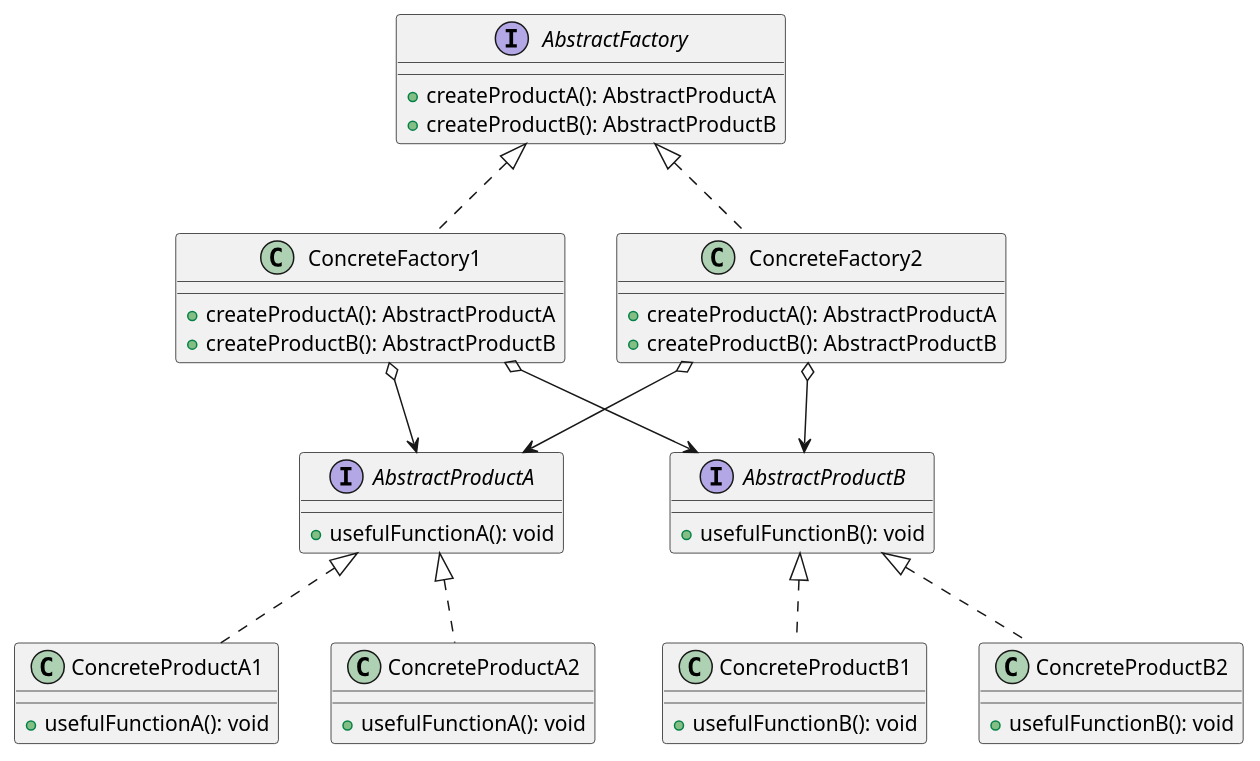
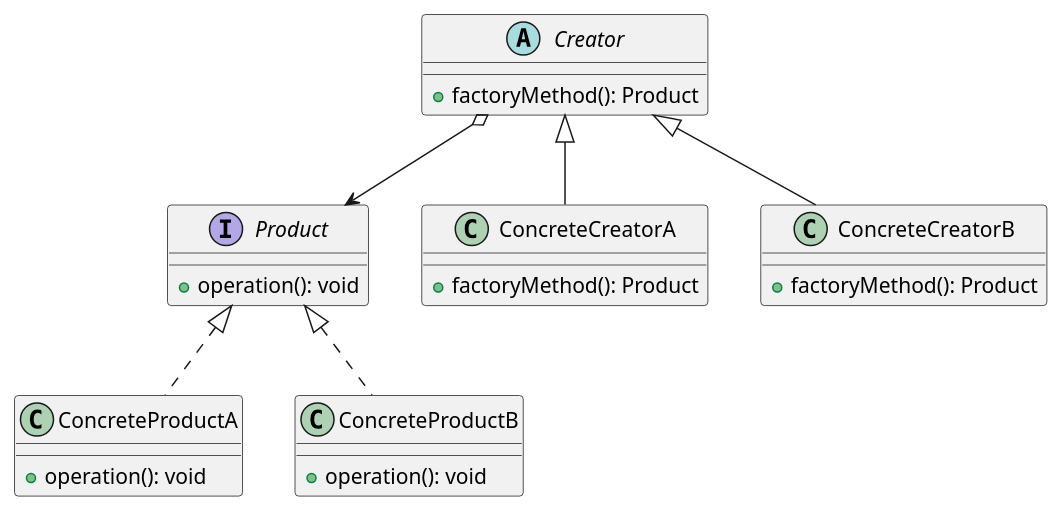
The diagram in diagrams/FactoryMethodPatternAbstract.puml (dtm03/patterns), drawn with PlantUML before and after one commit. The commit also changed 10 other files, not shown here.

Commit message:
feat: Improve diagrams

```diff
--- a/diagrams/FactoryMethodPatternAbstract.puml
+++ b/diagrams/FactoryMethodPatternAbstract.puml
@@ -1,52 +1,32 @@
 @startuml
-interface AbstractFactory {
-    +createProductA(): AbstractProductA
-    +createProductB(): AbstractProductB
+interface Product {
+    +operation(): void
 }
 
-interface AbstractProductA {
-    +usefulFunctionA(): void
+class ConcreteProductA {
+    +operation(): void
 }
 
-interface AbstractProductB {
-    +usefulFunctionB(): void
+class ConcreteProductB {
+    +operation(): void
 }
 
-class ConcreteFactory1 {
-    +createProductA(): AbstractProductA
-    +createProductB(): AbstractProductB
+abstract class Creator {
+    +factoryMethod(): Product
 }
 
-class ConcreteFactory2 {
-    +createProductA(): AbstractProductA
-    +createProductB(): AbstractProductB
+class ConcreteCreatorA {
+    +factoryMethod(): Product
 }
 
-class ConcreteProductA1 {
-    +usefulFunctionA(): void
+class ConcreteCreatorB {
+    +factoryMethod(): Product
 }
 
-class ConcreteProductA2 {
-    +usefulFunctionA(): void
-}
-
-class ConcreteProductB1 {
-    +usefulFunctionB(): void
-}
-
-class ConcreteProductB2 {
-    +usefulFunctionB(): void
-}
-
-AbstractFactory <|.. ConcreteFactory1
-AbstractFactory <|.. ConcreteFactory2
-AbstractProductA <|.. ConcreteProductA1
-AbstractProductA <|.. ConcreteProductA2
-AbstractProductB <|.. ConcreteProductB1
-AbstractProductB <|.. ConcreteProductB2
-ConcreteFactory1 o--> AbstractProductA
-ConcreteFactory1 o--> AbstractProductB
-ConcreteFactory2 o--> AbstractProductA
-ConcreteFactory2 o--> AbstractProductB
+Creator <|-- ConcreteCreatorA
+Creator <|-- ConcreteCreatorB
+Product <|.. ConcreteProductA
+Product <|.. ConcreteProductB
+Creator o--> Product
 
 @enduml
```
